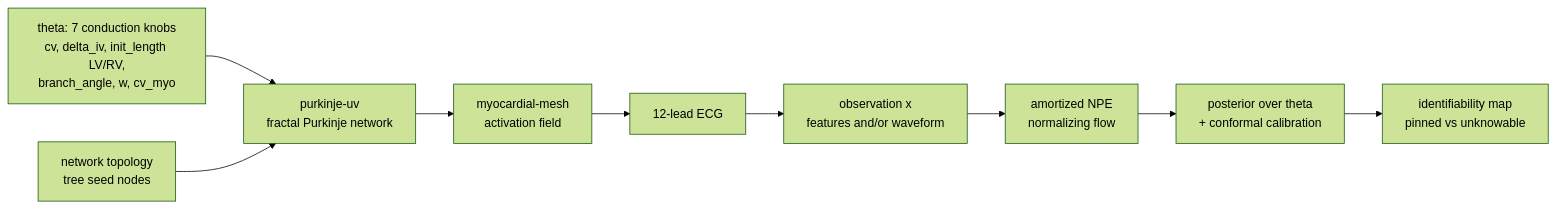
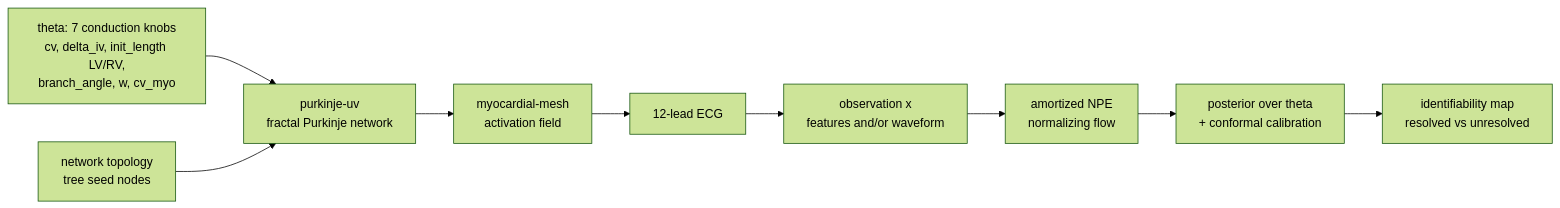
Before and after one commit to ricardogr07/ecg-purkinje-npe: the first of 5 diagrams in docs/architecture.md, drawn with Mermaid (forest theme). The commit also changed other lines of this file and 3 other files, not shown here.

````diff
--- a/docs/architecture.md
+++ b/docs/architecture.md
@@ -22,11 +22,11 @@
 ```mermaid
 flowchart LR
   T["theta: 7 conduction knobs<br/>cv, delta_iv, init_length LV/RV,<br/>branch_angle, w, cv_myo"] --> N
   S["network topology<br/>tree seed nodes"] --> N
   N["purkinje-uv<br/>fractal Purkinje network"] --> A["myocardial-mesh<br/>activation field"]
   A --> E["12-lead ECG"]
   E --> O["observation x<br/>features and/or waveform"]
   O --> NPE["amortized NPE<br/>normalizing flow"]
   NPE --> P["posterior over theta<br/>+ conformal calibration"]
-  P --> F["identifiability map<br/>pinned vs unknowable"]
+  P --> F["identifiability map<br/>resolved vs unresolved"]
 ```
````
